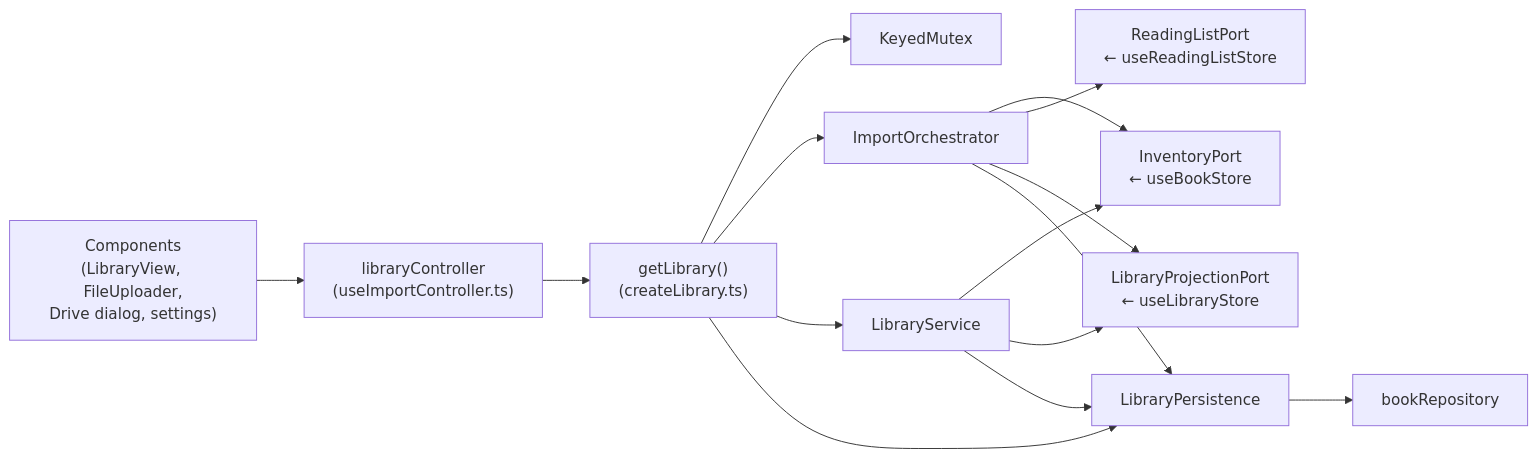
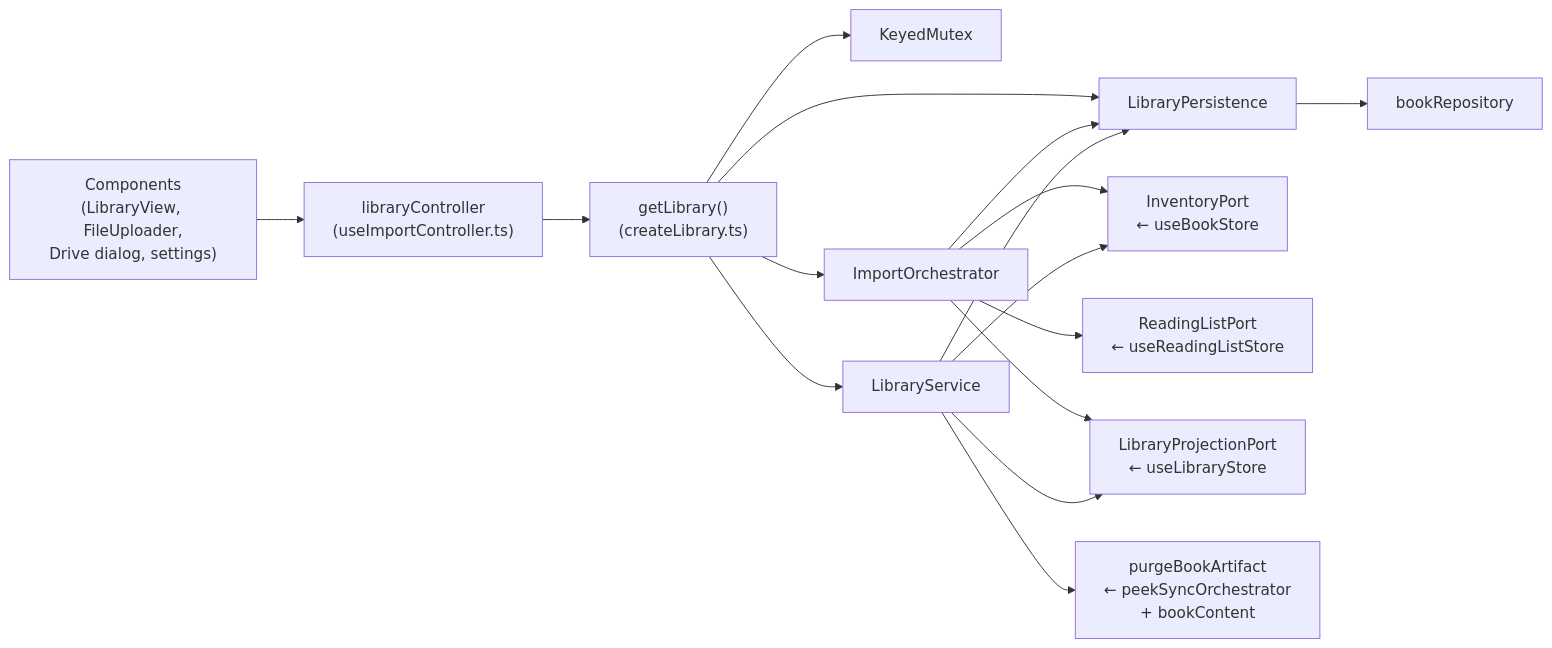
Before and after one commit to vrwarp/versicle: the fifth of 6 diagrams in docs/comprehensive/50-composition-root.md, drawn with Mermaid. The commit also changed other lines of this file and 17 other files, not shown here.

````diff
--- a/docs/comprehensive/50-composition-root.md
+++ b/docs/comprehensive/50-composition-root.md
@@ -497,32 +503,34 @@
 ```mermaid
 flowchart LR
     UI["Components\n(LibraryView, FileUploader,\nDrive dialog, settings)"]
     LC["libraryController\n(useImportController.ts)"]
     GL["getLibrary()\n(createLibrary.ts)"]
     MX["KeyedMutex"]
     ORC["ImportOrchestrator"]
     SVC["LibraryService"]
     PERS["LibraryPersistence"]
 
     InvPort["InventoryPort\n← useBookStore"]
     RLPort["ReadingListPort\n← useReadingListStore"]
     ProjPort["LibraryProjectionPort\n← useLibraryStore"]
     BookRep["bookRepository"]
+    PurgePort["purgeBookArtifact\n← peekSyncOrchestrator\n+ bookContent"]
 
     UI --> LC
     LC --> GL
     GL --> MX
     GL --> ORC
     GL --> SVC
     GL --> PERS
 
     ORC --> InvPort
     ORC --> RLPort
     ORC --> ProjPort
     ORC --> PERS
     PERS --> BookRep
 
     SVC --> InvPort
     SVC --> ProjPort
     SVC --> PERS
+    SVC --> PurgePort
 ```
````
